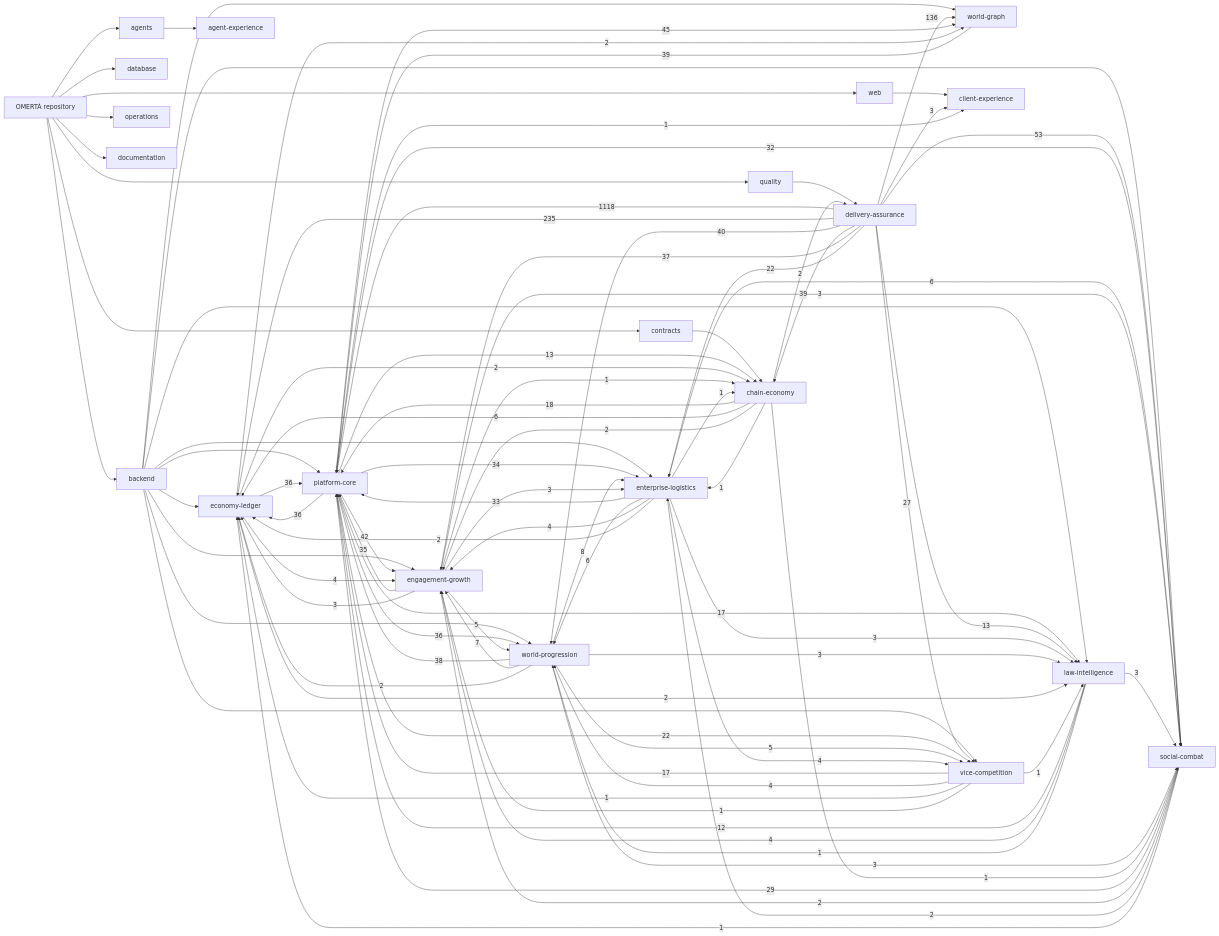
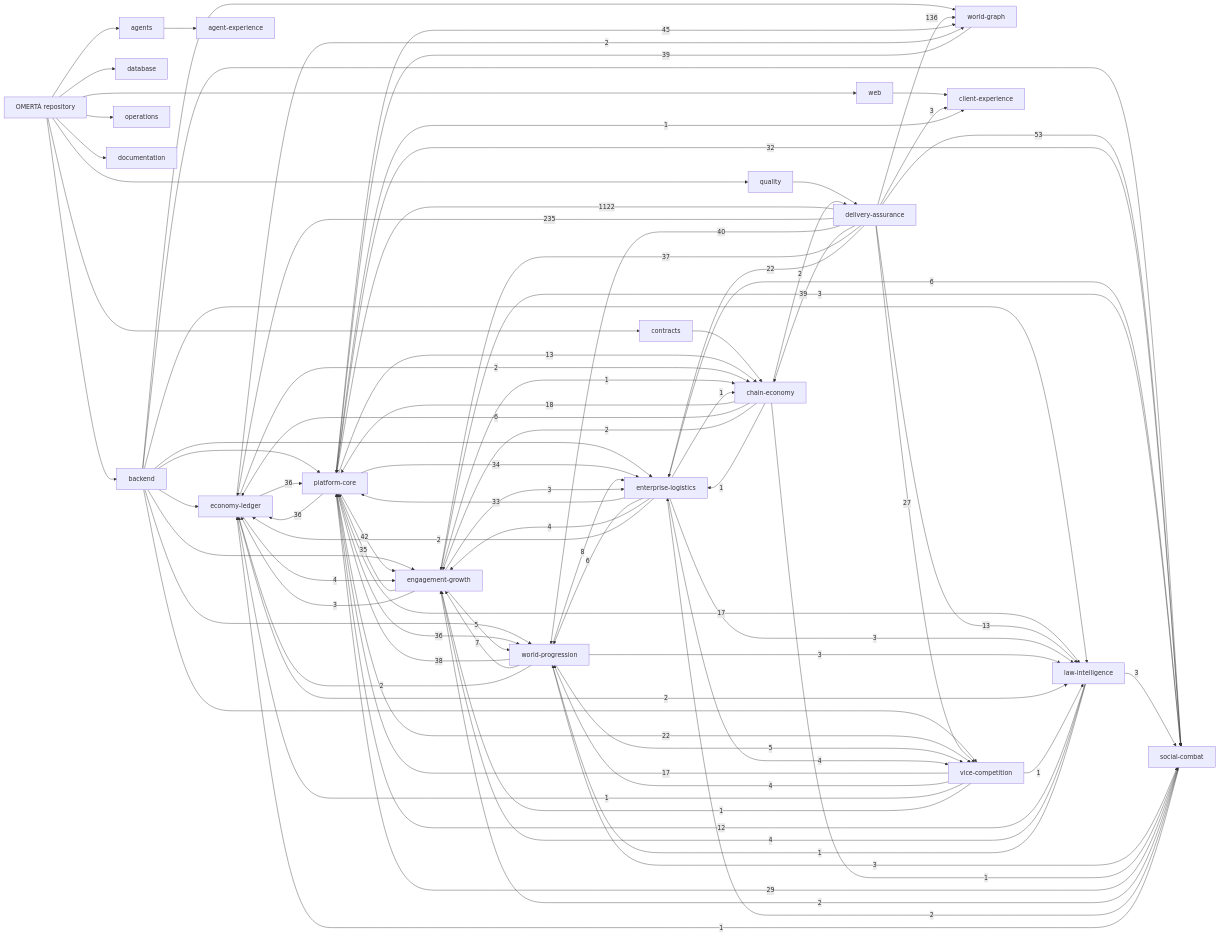
The diagram in knowledge/generated/graph.mmd (OmertaDev/Omerta), drawn with Mermaid before and after one commit. The commit also changed 8 other files, not shown here.

```diff
--- a/knowledge/generated/graph.mmd
+++ b/knowledge/generated/graph.mmd
@@ -1,111 +1,111 @@
 flowchart LR
   repo["OMERTÀ repository"]
   sub_backend["backend"]
   repo --> sub_backend
   sub_database["database"]
   repo --> sub_database
   sub_web["web"]
   repo --> sub_web
   sub_contracts["contracts"]
   repo --> sub_contracts
   sub_agents["agents"]
   repo --> sub_agents
   sub_quality["quality"]
   repo --> sub_quality
   sub_operations["operations"]
   repo --> sub_operations
   sub_documentation["documentation"]
   repo --> sub_documentation
   dom_platform-core["platform-core"]
   dom_economy-ledger["economy-ledger"]
   dom_social-combat["social-combat"]
   dom_world-progression["world-progression"]
   dom_world-graph["world-graph"]
   dom_enterprise-logistics["enterprise-logistics"]
   dom_vice-competition["vice-competition"]
   dom_law-intelligence["law-intelligence"]
   dom_chain-economy["chain-economy"]
   dom_engagement-growth["engagement-growth"]
   dom_client-experience["client-experience"]
   dom_agent-experience["agent-experience"]
   dom_delivery-assurance["delivery-assurance"]
   sub_agents --> dom_agent-experience
   sub_backend --> dom_economy-ledger
   sub_backend --> dom_engagement-growth
   sub_backend --> dom_enterprise-logistics
   sub_backend --> dom_law-intelligence
   sub_backend --> dom_platform-core
   sub_backend --> dom_social-combat
   sub_backend --> dom_vice-competition
   sub_backend --> dom_world-graph
   sub_backend --> dom_world-progression
   sub_contracts --> dom_chain-economy
   sub_quality --> dom_delivery-assurance
   sub_web --> dom_client-experience
-  dom_delivery-assurance -->|1118| dom_platform-core
+  dom_delivery-assurance -->|1122| dom_platform-core
   dom_delivery-assurance -->|235| dom_economy-ledger
   dom_delivery-assurance -->|136| dom_world-graph
   dom_delivery-assurance -->|53| dom_social-combat
   dom_platform-core -->|45| dom_world-graph
   dom_platform-core -->|42| dom_engagement-growth
   dom_delivery-assurance -->|40| dom_world-progression
   dom_delivery-assurance -->|39| dom_chain-economy
   dom_world-graph -->|39| dom_platform-core
   dom_world-progression -->|38| dom_platform-core
   dom_delivery-assurance -->|37| dom_engagement-growth
   dom_economy-ledger -->|36| dom_platform-core
   dom_platform-core -->|36| dom_economy-ledger
   dom_platform-core -->|36| dom_world-progression
   dom_engagement-growth -->|35| dom_platform-core
   dom_platform-core -->|34| dom_enterprise-logistics
   dom_enterprise-logistics -->|33| dom_platform-core
   dom_platform-core -->|32| dom_social-combat
   dom_social-combat -->|29| dom_platform-core
   dom_delivery-assurance -->|27| dom_vice-competition
   dom_delivery-assurance -->|22| dom_enterprise-logistics
   dom_platform-core -->|22| dom_vice-competition
   dom_chain-economy -->|18| dom_platform-core
   dom_platform-core -->|17| dom_law-intelligence
   dom_vice-competition -->|17| dom_platform-core
   dom_delivery-assurance -->|13| dom_law-intelligence
   dom_platform-core -->|13| dom_chain-economy
   dom_law-intelligence -->|12| dom_platform-core
   dom_world-progression -->|8| dom_enterprise-logistics
   dom_world-progression -->|7| dom_engagement-growth
   dom_chain-economy -->|6| dom_economy-ledger
   dom_enterprise-logistics -->|6| dom_social-combat
   dom_enterprise-logistics -->|6| dom_world-progression
   dom_engagement-growth -->|5| dom_world-progression
   dom_world-progression -->|5| dom_vice-competition
   dom_economy-ledger -->|4| dom_engagement-growth
   dom_enterprise-logistics -->|4| dom_engagement-growth
   dom_enterprise-logistics -->|4| dom_vice-competition
   dom_law-intelligence -->|4| dom_engagement-growth
   dom_vice-competition -->|4| dom_world-progression
   dom_delivery-assurance -->|3| dom_client-experience
   dom_engagement-growth -->|3| dom_economy-ledger
   dom_engagement-growth -->|3| dom_enterprise-logistics
   dom_engagement-growth -->|3| dom_social-combat
   dom_enterprise-logistics -->|3| dom_law-intelligence
   dom_law-intelligence -->|3| dom_social-combat
   dom_world-progression -->|3| dom_law-intelligence
   dom_world-progression -->|3| dom_social-combat
   dom_chain-economy -->|2| dom_delivery-assurance
   dom_chain-economy -->|2| dom_engagement-growth
   dom_economy-ledger -->|2| dom_chain-economy
   dom_economy-ledger -->|2| dom_law-intelligence
   dom_economy-ledger -->|2| dom_world-graph
   dom_enterprise-logistics -->|2| dom_economy-ledger
   dom_social-combat -->|2| dom_engagement-growth
   dom_social-combat -->|2| dom_enterprise-logistics
   dom_world-progression -->|2| dom_economy-ledger
   dom_chain-economy -->|1| dom_enterprise-logistics
   dom_chain-economy -->|1| dom_social-combat
   dom_engagement-growth -->|1| dom_chain-economy
   dom_enterprise-logistics -->|1| dom_chain-economy
   dom_law-intelligence -->|1| dom_world-progression
   dom_platform-core -->|1| dom_client-experience
   dom_social-combat -->|1| dom_economy-ledger
   dom_vice-competition -->|1| dom_economy-ledger
   dom_vice-competition -->|1| dom_engagement-growth
   dom_vice-competition -->|1| dom_law-intelligence
```
